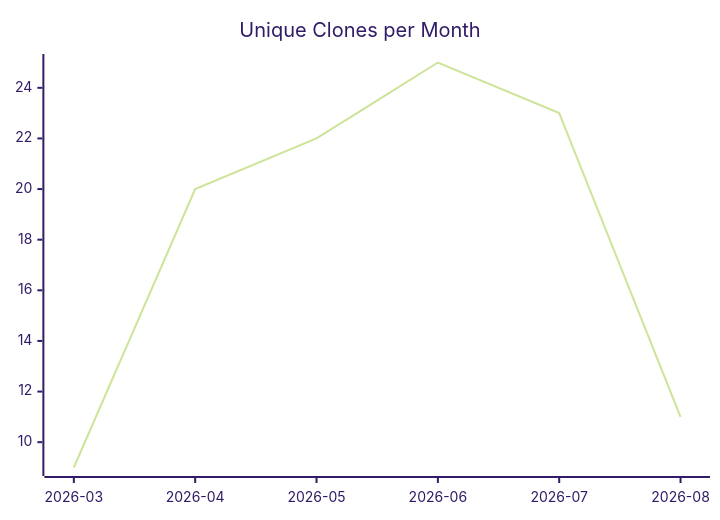
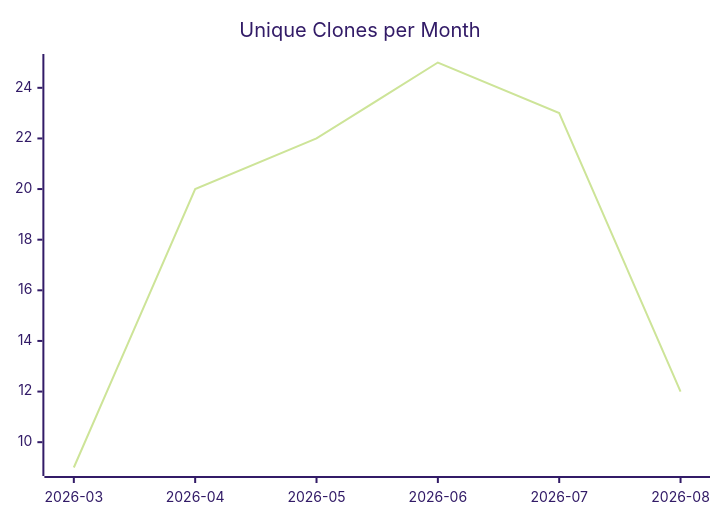
The third of 3 diagrams in karlmdavis/kxml2/README.md (justdavis-family/github-analytics-data), drawn with Mermaid (forest theme) before and after one commit. The commit also changed other lines of this file and 177 other files, not shown here.

````diff
--- a/karlmdavis/kxml2/README.md
+++ b/karlmdavis/kxml2/README.md
@@ -19,6 +19,6 @@
 ```mermaid
 xychart-beta
   title "Unique Clones per Month"
   x-axis ["2026-03", "2026-04", "2026-05", "2026-06", "2026-07", "2026-08"]
-  line [9, 20, 22, 25, 23, 11]
+  line [9, 20, 22, 25, 23, 12]
 ```
````
